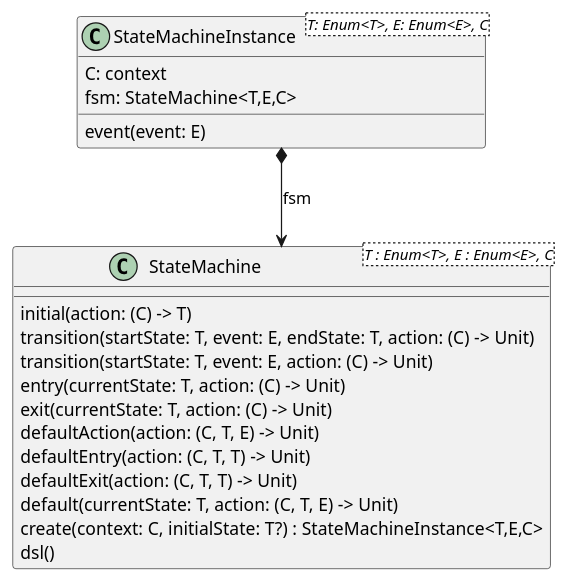
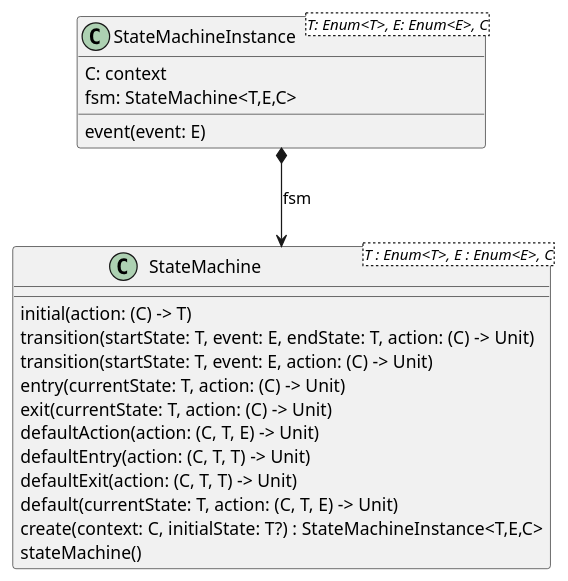
Before and after one commit to open-jumpco/kfsm: the diagram in src/doc/plantuml/statemachine-model.plantuml, drawn with PlantUML. The commit also changed 13 other files, not shown here.

Commit message:
rename `dsl` to `stateMachine`

```diff
--- a/src/doc/plantuml/statemachine-model.plantuml
+++ b/src/doc/plantuml/statemachine-model.plantuml
@@ -1,27 +1,27 @@
 @startuml
 
 
 class StateMachine<T : Enum<T>, E : Enum<E>, C> {
     initial(action: (C) -> T)
     transition(startState: T, event: E, endState: T, action: (C) -> Unit)
     transition(startState: T, event: E, action: (C) -> Unit)
     entry(currentState: T, action: (C) -> Unit)
     exit(currentState: T, action: (C) -> Unit)
     defaultAction(action: (C, T, E) -> Unit)
     defaultEntry(action: (C, T, T) -> Unit)
     defaultExit(action: (C, T, T) -> Unit)
     default(currentState: T, action: (C, T, E) -> Unit)
     create(context: C, initialState: T?) : StateMachineInstance<T,E,C>
-    dsl()
+    stateMachine()
 }
 
 class StateMachineInstance<T: Enum<T>, E: Enum<E>, C> {
     C: context
     fsm: StateMachine<T,E,C>
     event(event: E)
 }
 
 StateMachineInstance *--> StateMachine : fsm
 
 
 @enduml
```
